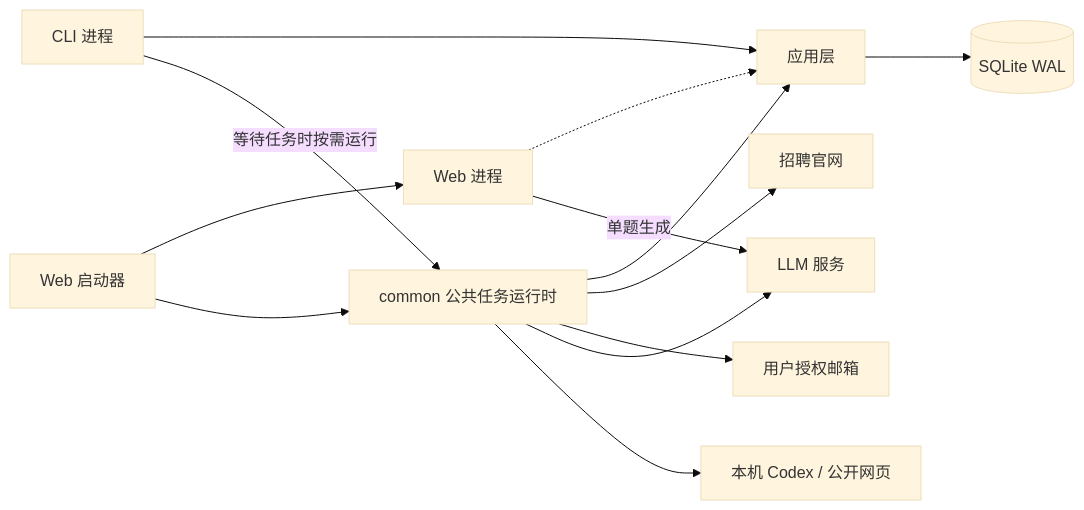
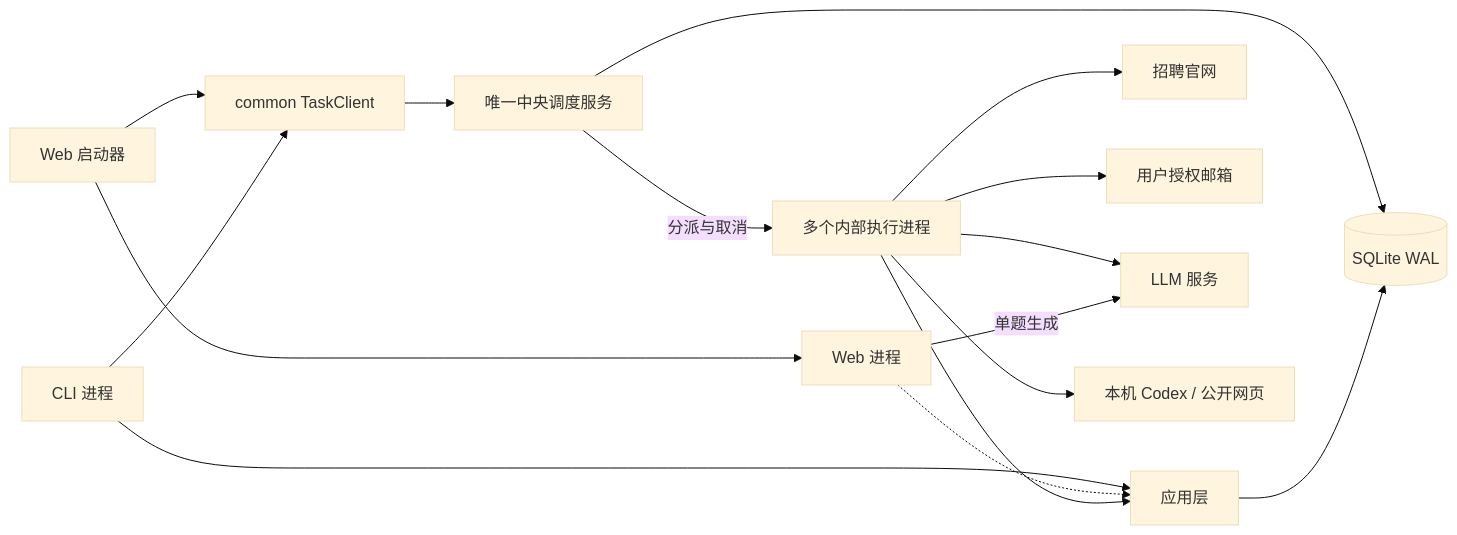
The third of 9 diagrams in docs/arch/overall-arch.md (MonarchMan/JobHunter), drawn with Mermaid (base theme) before and after one commit. The commit also changed other lines of this file and 307 other files, not shown here.

````diff
--- a/docs/arch/overall-arch.md
+++ b/docs/arch/overall-arch.md
@@ -299,15 +299,18 @@
 ```mermaid
 flowchart LR
     CLI["CLI 进程"] --> APP["应用层"]
     LAUNCHER["Web 启动器"] --> WEB["Web 进程"]
-    LAUNCHER --> WORKER
+    LAUNCHER --> CLIENT["common TaskClient"]
+    CLIENT --> SCHEDULER["唯一中央调度服务"]
+    SCHEDULER -->|分派与取消| WORKER
     WEB -.-> APP
-    WORKER["common 公共任务运行时"] --> APP
-    CLI -->|等待任务时按需运行| WORKER
+    WORKER["多个内部执行进程"] --> APP
+    CLI --> CLIENT
+    SCHEDULER --> DB
     APP --> DB[("SQLite WAL")]
     WORKER --> SITE["招聘官网"]
     WORKER --> MAILBOX["用户授权邮箱"]
     WORKER --> MODEL["LLM 服务"]
     WEB -->|单题生成| MODEL
     WORKER --> RESEARCH["本机 Codex / 公开网页"]
 ```
````
